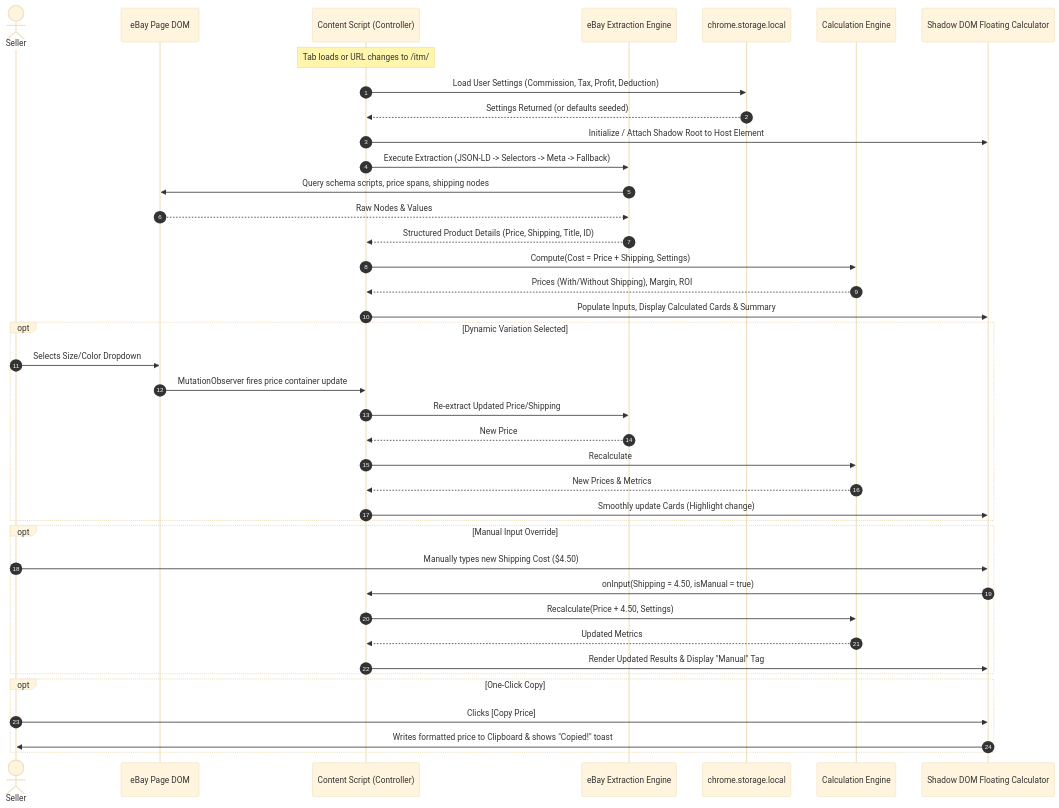
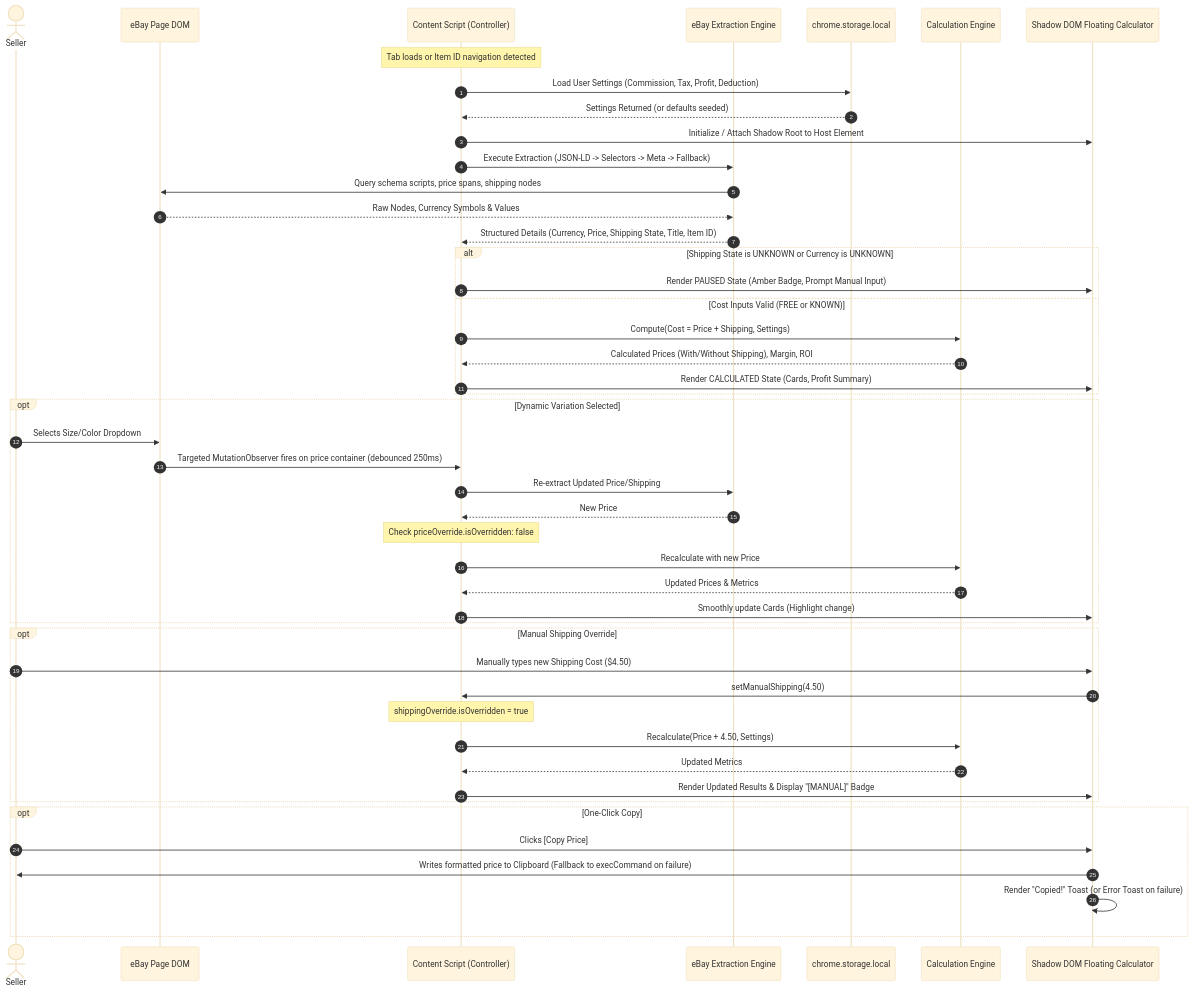
The second of 4 diagrams in architecture.md (nizamuddin3080/Ebay-Amazon-Profit-Calculator), drawn with Mermaid (base theme) before and after one commit. The commit also changed other lines of this file and 10 other files, not shown here.

Commit message:
docs: finalize Phase 1 specifications, currency parsing, 3-state shipping, dual overrides, and audit

````diff
--- a/architecture.md
+++ b/architecture.md
@@ -48,46 +48,54 @@
 ```mermaid
 sequenceDiagram
     autonumber
     actor User as Seller
     participant DOM as eBay Page DOM
     participant Content as Content Script (Controller)
     participant Parser as eBay Extraction Engine
     participant Storage as chrome.storage.local
     participant Calc as Calculation Engine
     participant UI as Shadow DOM Floating Calculator
 
-    Note over Content: Tab loads or URL changes to /itm/
+    Note over Content: Tab loads or Item ID navigation detected
     Content->>Storage: Load User Settings (Commission, Tax, Profit, Deduction)
     Storage-->>Content: Settings Returned (or defaults seeded)
     Content->>UI: Initialize / Attach Shadow Root to Host Element
     Content->>Parser: Execute Extraction (JSON-LD -> Selectors -> Meta -> Fallback)
     Parser->>DOM: Query schema scripts, price spans, shipping nodes
-    DOM-->>Parser: Raw Nodes & Values
-    Parser-->>Content: Structured Product Details (Price, Shipping, Title, ID)
-    Content->>Calc: Compute(Cost = Price + Shipping, Settings)
-    Calc-->>Content: Prices (With/Without Shipping), Margin, ROI
-    Content->>UI: Populate Inputs, Display Calculated Cards & Summary
+    DOM-->>Parser: Raw Nodes, Currency Symbols & Values
+    Parser-->>Content: Structured Details (Currency, Price, Shipping State, Title, Item ID)
+    
+    alt Shipping State is UNKNOWN or Currency is UNKNOWN
+        Content->>UI: Render PAUSED State (Amber Badge, Prompt Manual Input)
+    else Cost Inputs Valid (FREE or KNOWN)
+        Content->>Calc: Compute(Cost = Price + Shipping, Settings)
+        Calc-->>Content: Calculated Prices (With/Without Shipping), Margin, ROI
+        Content->>UI: Render CALCULATED State (Cards, Profit Summary)
+    end
     
     opt Dynamic Variation Selected
         User->>DOM: Selects Size/Color Dropdown
-        DOM->>Content: MutationObserver fires price container update
+        DOM->>Content: Targeted MutationObserver fires on price container (debounced 250ms)
         Content->>Parser: Re-extract Updated Price/Shipping
         Parser-->>Content: New Price
-        Content->>Calc: Recalculate
-        Calc-->>Content: New Prices & Metrics
+        Note over Content: Check priceOverride.isOverridden: false
+        Content->>Calc: Recalculate with new Price
+        Calc-->>Content: Updated Prices & Metrics
         Content->>UI: Smoothly update Cards (Highlight change)
     end
 
-    opt Manual Input Override
+    opt Manual Shipping Override
         User->>UI: Manually types new Shipping Cost ($4.50)
-        UI->>Content: onInput(Shipping = 4.50, isManual = true)
+        UI->>Content: setManualShipping(4.50)
+        Note over Content: shippingOverride.isOverridden = true
         Content->>Calc: Recalculate(Price + 4.50, Settings)
         Calc-->>Content: Updated Metrics
-        Content->>UI: Render Updated Results & Display "Manual" Tag
+        Content->>UI: Render Updated Results & Display "[MANUAL]" Badge
     end
 
     opt One-Click Copy
         User->>UI: Clicks [Copy Price]
-        UI->>User: Writes formatted price to Clipboard & shows "Copied!" toast
+        UI->>User: Writes formatted price to Clipboard (Fallback to execCommand on failure)
+        UI->>UI: Render "Copied!" Toast (or Error Toast on failure)
     end
 ```
````
